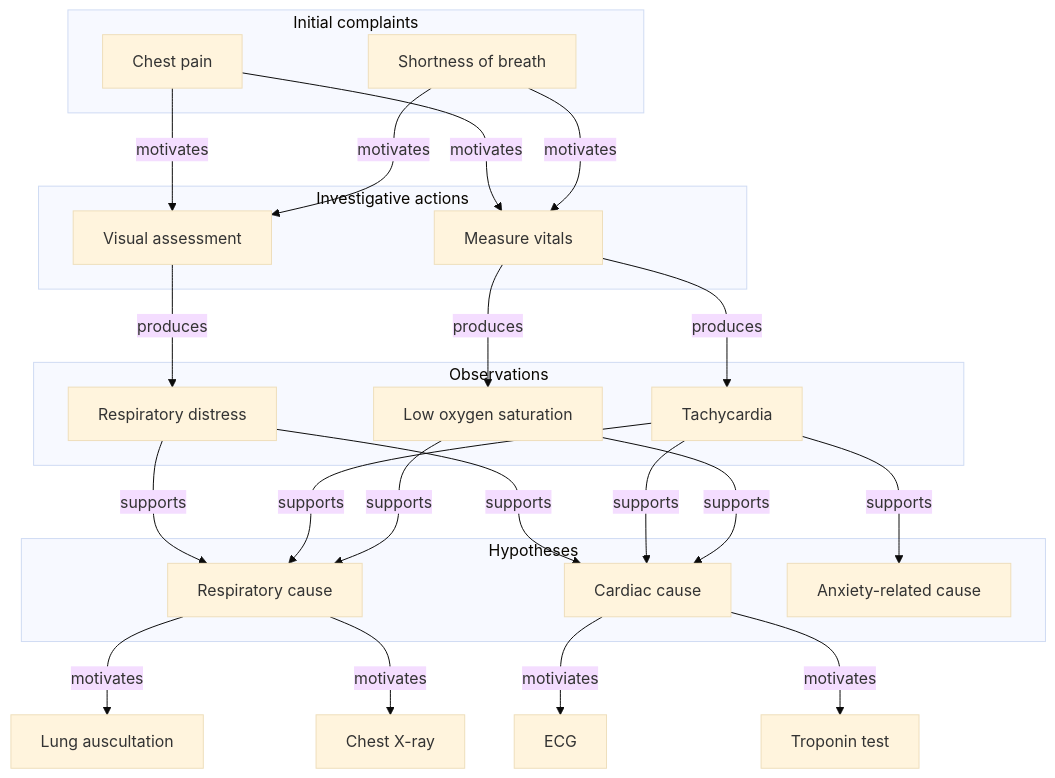
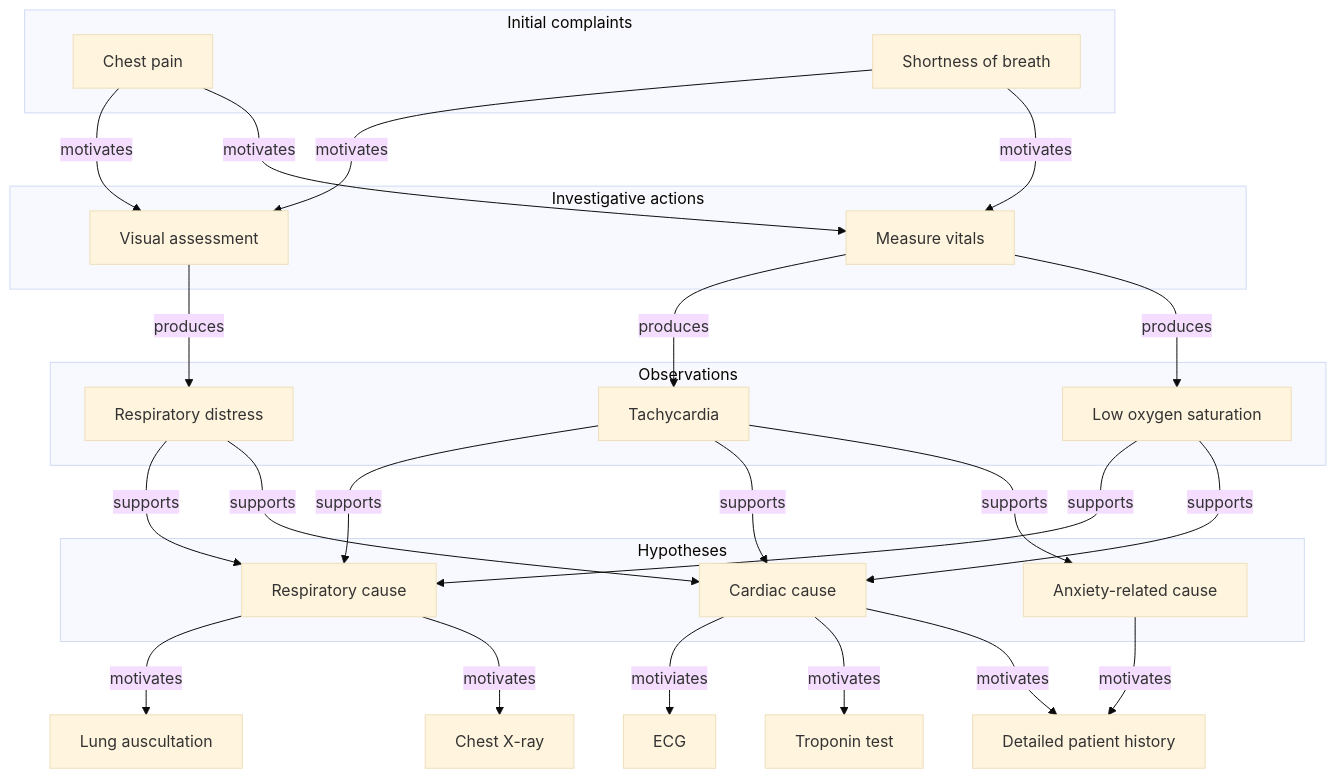
One commit to kahunacohen/why changed the diagram in diagrams/medical.mmd. Above: the diagram before and after it, drawn with Mermaid (base theme).

```diff
--- a/diagrams/medical.mmd
+++ b/diagrams/medical.mmd
@@ -1,53 +1,57 @@
 flowchart TD
 
   subgraph complaints["Initial complaints"]
     C1["Chest pain"]
     C2["Shortness of breath"]
   end
 
   subgraph actions["Investigative actions"]
     A1["Visual assessment"]
     A2["Measure vitals"]
   end
 
   C1 -->|motivates| A1
   C2 -->|motivates| A1
   C1 -->|motivates| A2
   C2 -->|motivates| A2
 
   subgraph observations["Observations"]
     O1["Respiratory distress"]
     O2["Tachycardia"]
     O3["Low oxygen saturation"]
   end
 
   A1 -->|produces| O1
   A2 -->|produces| O2
   A2 -->|produces| O3
 
   subgraph hypotheses["Hypotheses"]
     H1["Respiratory cause"]
     H2["Cardiac cause"]
     H3["Anxiety-related cause"]
   end
 
   O1 -->|supports| H1
   O1 -->|supports| H2
 
   O2 -->|supports| H1
   O2 -->|supports| H2
   O2 -->|supports| H3
 
   O3 -->|supports| H1
   O3 -->|supports| H2
 
   A5["Lung auscultation"]
   A6["Chest X-ray"]
   H1 --> |motivates| A5
   H1 --> |motivates| A6
   
   A3["ECG"]
   A4["Troponin test"]
 
-  H2 -->|motiviates| A3
-  H2 -->|motivates| A4
+  H2 --> |motiviates| A3
+  H2 --> |motivates| A4
+
+  A7["Detailed patient history"]
+  H3 --> |motivates| A7
+  H2 --> |motivates| A7
```
